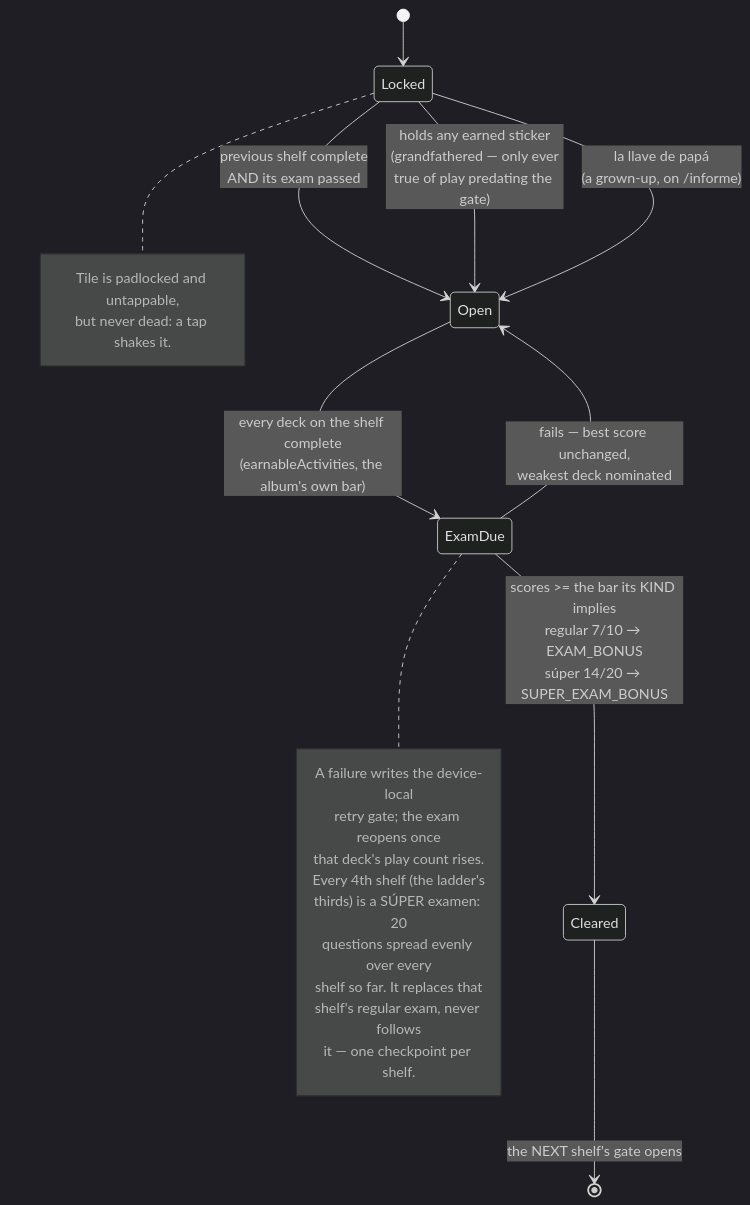
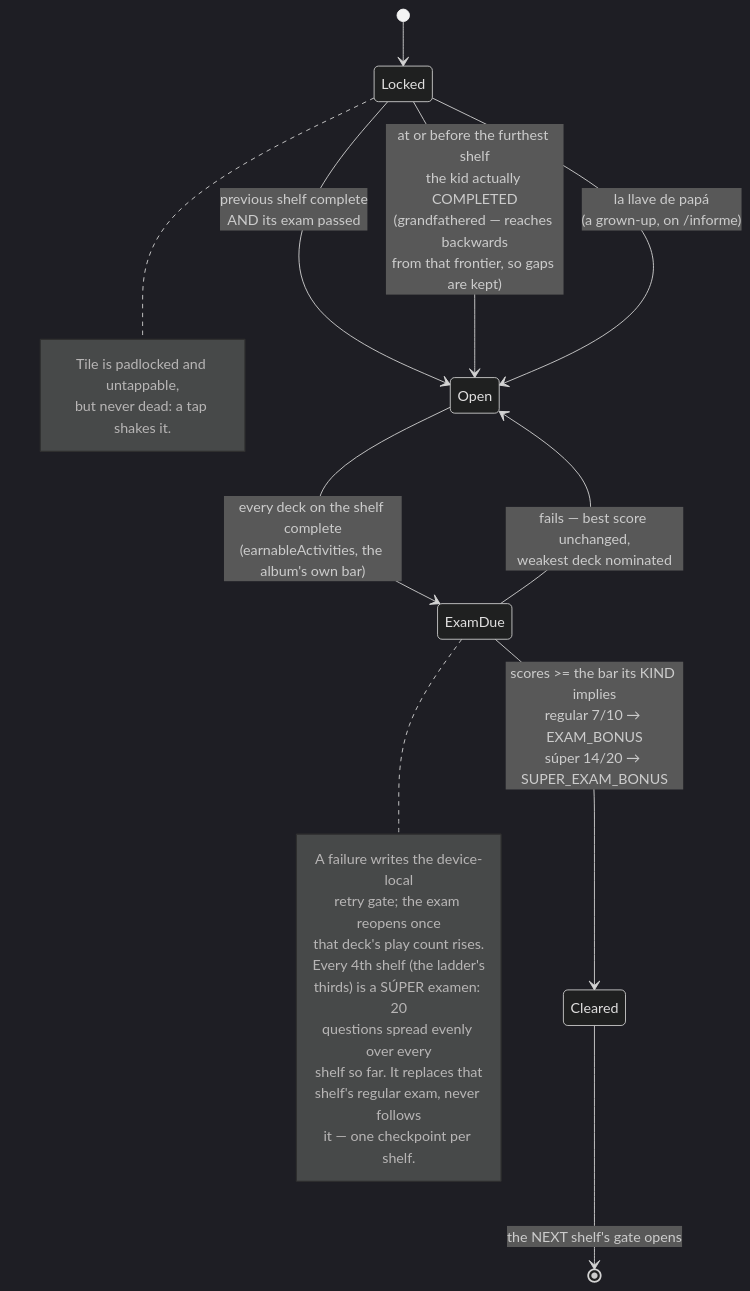
The fourth of 4 diagrams in docs/architecture-diagrams.md (ManuelOlvera/learn-spanish), drawn with Mermaid (dark theme) before and after one commit. The commit also changed 5 other files, not shown here.

````diff
--- a/docs/architecture-diagrams.md
+++ b/docs/architecture-diagrams.md
@@ -126,31 +126,31 @@
 ```mermaid
 stateDiagram-v2
   [*] --> Locked
 
   Locked --> Open: previous shelf complete<br/>AND its exam passed
-  Locked --> Open: holds any earned sticker<br/>(grandfathered — only ever<br/>true of play predating the gate)
+  Locked --> Open: at or before the furthest shelf<br/>the kid actually COMPLETED<br/>(grandfathered — reaches backwards<br/>from that frontier, so gaps are kept)
   Locked --> Open: la llave de papá<br/>(a grown-up, on /informe)
 
   Open --> ExamDue: every deck on the shelf complete<br/>(earnableActivities, the album's own bar)
   ExamDue --> Open: fails — best score unchanged,<br/>weakest deck nominated
 
   ExamDue --> Cleared: scores >= the bar its KIND implies<br/>regular 7/10 → EXAM_BONUS<br/>súper 14/20 → SUPER_EXAM_BONUS
   Cleared --> [*]: the NEXT shelf's gate opens
 
   note right of Locked
     Tile is padlocked and untappable,
     but never dead: a tap shakes it.
   end note
 
   note right of ExamDue
     A failure writes the device-local
     retry gate; the exam reopens once
     that deck's play count rises.
     Every 4th shelf (the ladder's
     thirds) is a SÚPER examen: 20
     questions spread evenly over every
     shelf so far. It replaces that
     shelf's regular exam, never follows
     it — one checkpoint per shelf.
   end note
 ```
````
